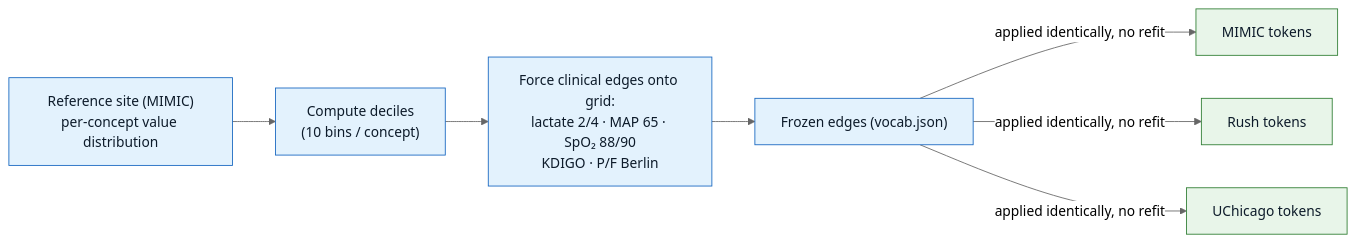
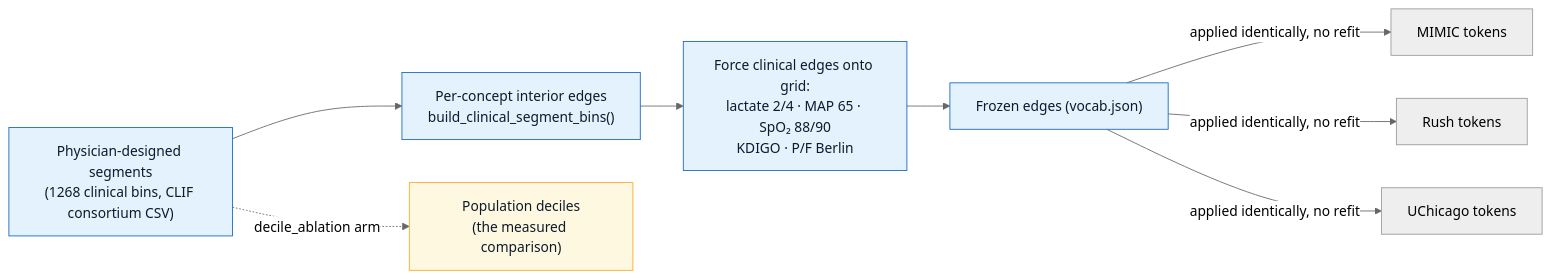
One commit to sajor2000/clifatron2.0 changed the fifth of 7 diagrams in website/docs/data-tokenization.md. Above: the diagram before and after it, drawn with Mermaid (neutral theme). The commit also changed other lines of this file and 8 other files, not shown here.

````diff
--- a/website/docs/data-tokenization.md
+++ b/website/docs/data-tokenization.md
@@ -154,14 +160,15 @@
 ```mermaid
 flowchart LR
-    REF["Reference site (MIMIC)<br/>per-concept value distribution"] --> DEC["Compute deciles<br/>(10 bins / concept)"]
-    DEC --> FORCE["Force clinical edges onto grid:<br/>lactate 2/4 · MAP 65 · SpO₂ 88/90<br/>KDIGO · P/F Berlin"]
+    CSV["Physician-designed segments<br/>(1268 clinical bins, CLIF consortium CSV)"] --> EDGES["Per-concept interior edges<br/>build_clinical_segment_bins()"]
+    EDGES --> FORCE["Force clinical edges onto grid:<br/>lactate 2/4 · MAP 65 · SpO₂ 88/90<br/>KDIGO · P/F Berlin"]
     FORCE --> FROZEN["Frozen edges (vocab.json)"]
     FROZEN -->|"applied identically, no refit"| MIMIC["MIMIC tokens"]
     FROZEN -->|"applied identically, no refit"| RUSH["Rush tokens"]
     FROZEN -->|"applied identically, no refit"| UC["UChicago tokens"]
+    CSV -. "decile_ablation arm" .-> DEC["Population deciles<br/>(the measured comparison)"]
 
     classDef ref fill:#e3f2fd,stroke:#1565c0,color:#0d1b2a;
-    classDef site fill:#e8f5e9,stroke:#2e7d32,color:#0d1b2a;
-    class REF,DEC,FORCE,FROZEN ref;
-    class MIMIC,RUSH,UC site;
+    classDef abl fill:#fff8e1,stroke:#f9a825,color:#0d1b2a;
+    class CSV,EDGES,FORCE,FROZEN ref;
+    class DEC abl;
 ```
````
